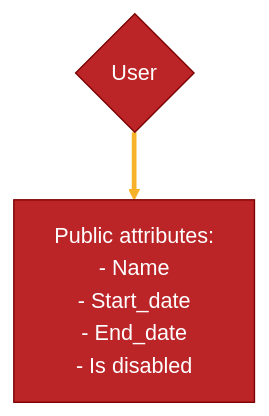
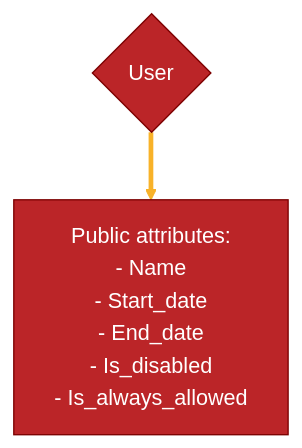
One commit to R0mb0/PIVPN-GUI changed the second of 6 diagrams in Project_description/ReadMe.md. Above: the diagram before and after it, drawn with Mermaid.

Commit message:
Minor update

````diff
--- a/Project_description/ReadMe.md
+++ b/Project_description/ReadMe.md
@@ -45,21 +45,22 @@
 ```mermaid
 %%{
   init: {
     'theme': 'base',
     'themeVariables': {
       'primaryColor': '#BB2528',
       'primaryTextColor': '#fff',
       'primaryBorderColor': '#7C0000',
       'lineColor': '#F8B229',
       'secondaryColor': '#006100',
       'tertiaryColor': '#fff'
     }
   }
 }%%
 graph TD;
     A{User} ==> B[Public attributes:  
                   - Name
                   - Start_date
                   - End_date
-                  - Is disabled]
+                  - Is_disabled
+                  - Is_always_allowed]
 ```  
````
